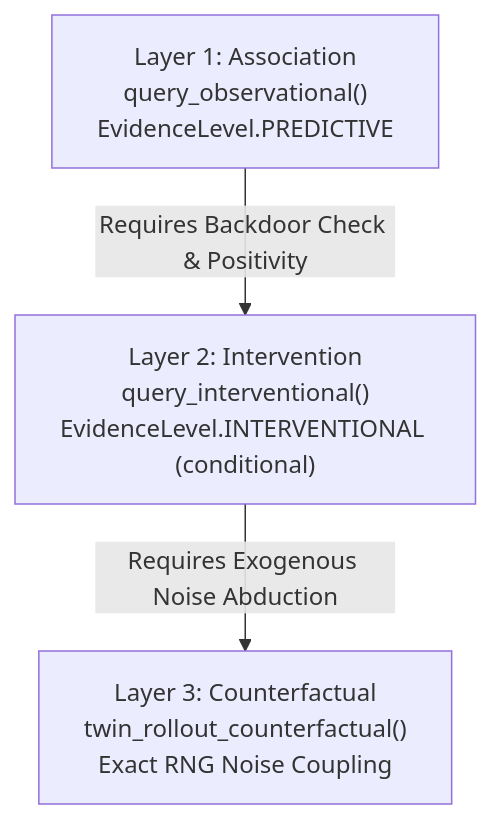
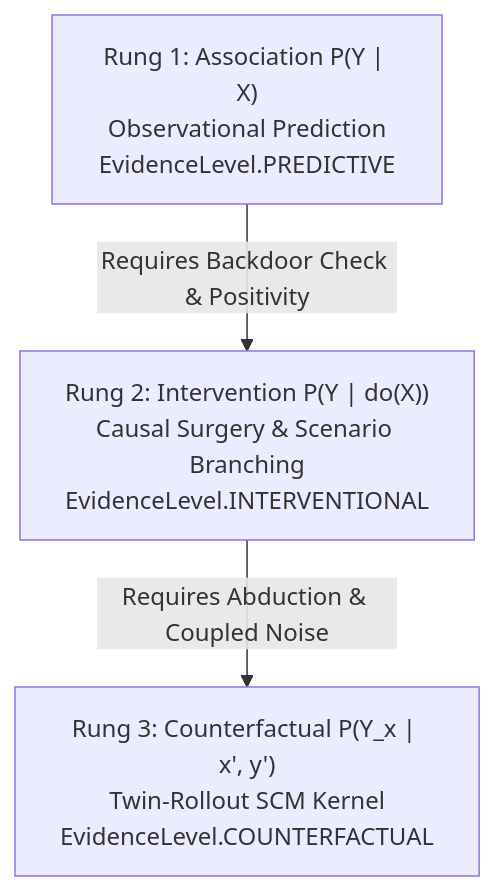
Before and after one commit to vfcarida/Enterprise-World-Model-Engine: the second of 2 diagrams in docs/concepts/causality.md, drawn with Mermaid. The commit also changed other lines of this file and 161 other files, not shown here.

````diff
--- a/docs/concepts/causality.md
+++ b/docs/concepts/causality.md
@@ -56,12 +63,12 @@
 ```mermaid
 flowchart TD
-    accTitle: Layered Query Architecture for Causal Diagnostics
-    accDescr: Workflow illustrating progression from observational association to interventional query and counterfactual diagnosis.
+    accTitle: Pearl's Causal Hierarchy in EWM Engine
+    accDescr: Ladder of causation mapping observational prediction, interventional simulation, and counterfactual rollouts.
 
-    L1["Layer 1: Association<br/>query_observational()<br/>EvidenceLevel.PREDICTIVE"]
-    L2["Layer 2: Intervention<br/>query_interventional()<br/>EvidenceLevel.INTERVENTIONAL (conditional)"]
-    L3["Layer 3: Counterfactual<br/>twin_rollout_counterfactual()<br/>Exact RNG Noise Coupling"]
+    L1["Rung 1: Association P(Y | X)<br/>Observational Prediction<br/>EvidenceLevel.PREDICTIVE"]
+    L2["Rung 2: Intervention P(Y | do(X))<br/>Causal Surgery & Scenario Branching<br/>EvidenceLevel.INTERVENTIONAL"]
+    L3["Rung 3: Counterfactual P(Y_x | x', y')<br/>Twin-Rollout SCM Kernel<br/>EvidenceLevel.COUNTERFACTUAL"]
 
     L1 -->|"Requires Backdoor Check & Positivity"| L2
-    L2 -->|"Requires Exogenous Noise Abduction"| L3
+    L2 -->|"Requires Abduction & Coupled Noise"| L3
 ```
````
